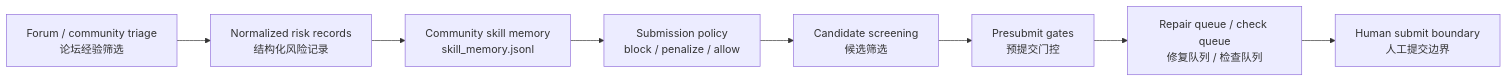
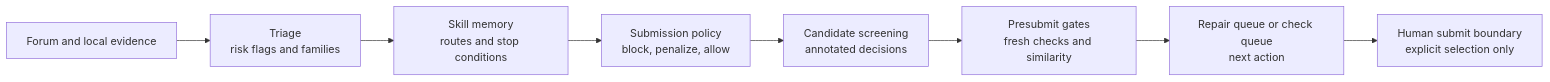
Before and after one commit to gyx09212214-prog/wq-community-skills: the diagram in README.md, drawn with Mermaid. The commit also changed other lines of this file and 8 other files, not shown here.

Commit message:
docs: promote community skill memory effects

````diff
--- a/README.md
+++ b/README.md
@@ -141,10 +146,10 @@
 ```mermaid
 flowchart LR
-  A["Forum / community triage<br/>论坛经验筛选"] --> B["Normalized risk records<br/>结构化风险记录"]
-  B --> C["Community skill memory<br/>skill_memory.jsonl"]
-  C --> D["Submission policy<br/>block / penalize / allow"]
-  D --> E["Candidate screening<br/>候选筛选"]
-  E --> F["Presubmit gates<br/>预提交门控"]
-  F --> G["Repair queue / check queue<br/>修复队列 / 检查队列"]
-  G --> H["Human submit boundary<br/>人工提交边界"]
+  A["Forum and local evidence"] --> B["Triage<br/>risk flags and families"]
+  B --> C["Skill memory<br/>routes and stop conditions"]
+  C --> D["Submission policy<br/>block, penalize, allow"]
+  D --> E["Candidate screening<br/>annotated decisions"]
+  E --> F["Presubmit gates<br/>fresh checks and similarity"]
+  F --> G["Repair queue or check queue<br/>next action"]
+  G --> H["Human submit boundary<br/>explicit selection only"]
 ```
````
